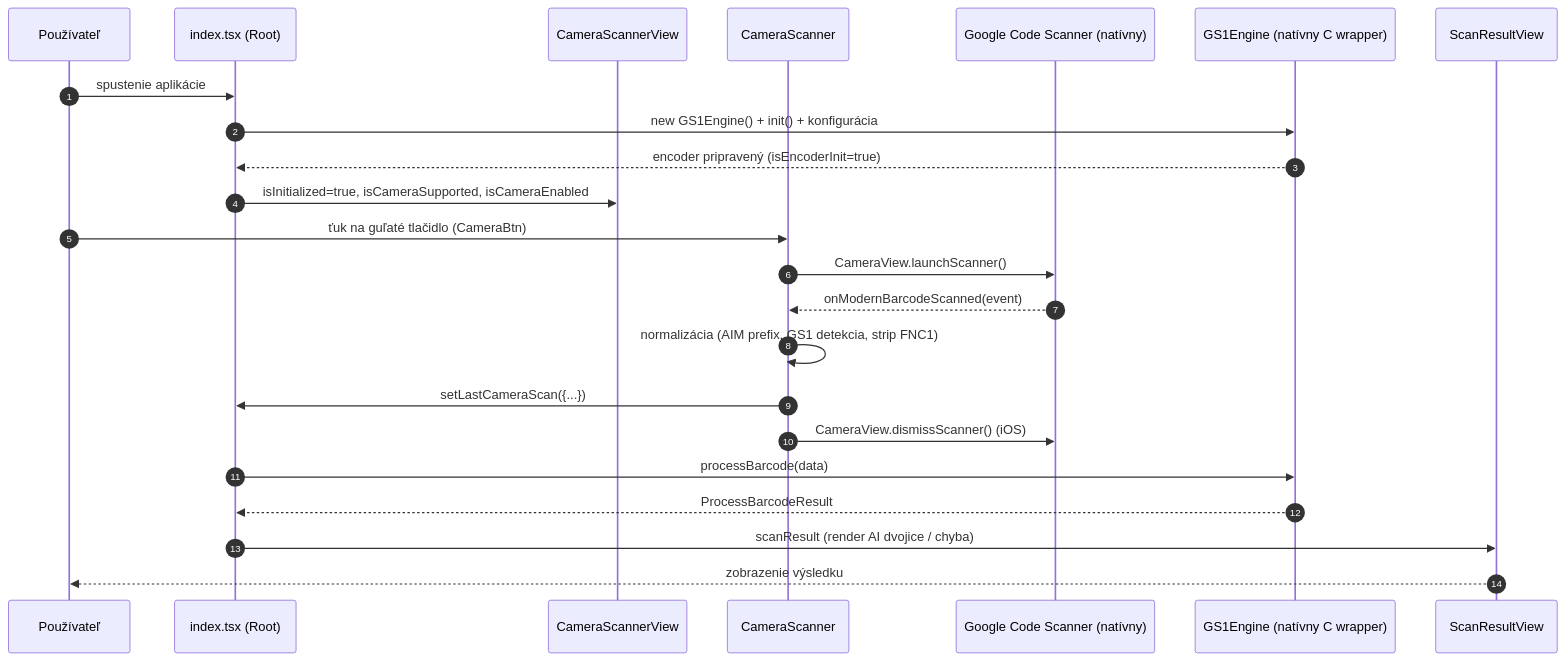
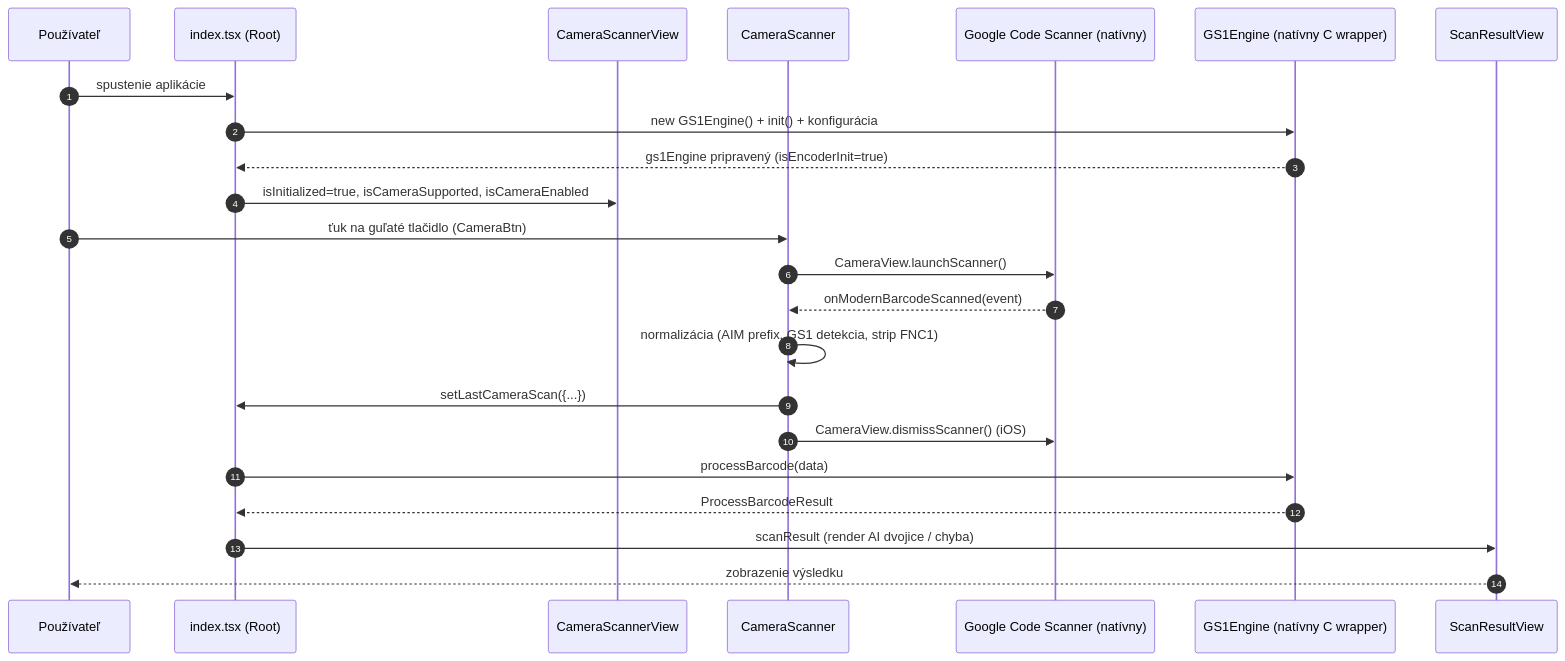
One commit to GS1SlovakiaOrg/expo-gs1-s-e-example changed the fifth of 5 diagrams in docs/02-architektura.md. Above: the diagram before and after it, drawn with Mermaid. The commit also changed 7 other files, not shown here.

````diff
--- a/docs/02-architektura.md
+++ b/docs/02-architektura.md
@@ -234,26 +234,26 @@
 ```mermaid
 sequenceDiagram
     autonumber
     participant U as Používateľ
     participant I as index.tsx (Root)
     participant CSV as CameraScannerView
     participant CS as CameraScanner
     participant GC as Google Code Scanner (natívny)
     participant EN as GS1Engine (natívny C wrapper)
     participant SRV as ScanResultView
 
     U->>I: spustenie aplikácie
     I->>EN: new GS1Engine() + init() + konfigurácia
-    EN-->>I: encoder pripravený (isEncoderInit=true)
+    EN-->>I: gs1Engine pripravený (isEncoderInit=true)
     I->>CSV: isInitialized=true, isCameraSupported, isCameraEnabled
     U->>CS: ťuk na guľaté tlačidlo (CameraBtn)
     CS->>GC: CameraView.launchScanner()
     GC-->>CS: onModernBarcodeScanned(event)
     CS->>CS: normalizácia (AIM prefix, GS1 detekcia, strip FNC1)
     CS->>I: setLastCameraScan({...})
     CS->>GC: CameraView.dismissScanner() (iOS)
     I->>EN: processBarcode(data)
     EN-->>I: ProcessBarcodeResult
     I->>SRV: scanResult (render AI dvojice / chyba)
     SRV-->>U: zobrazenie výsledku
 ```
````
